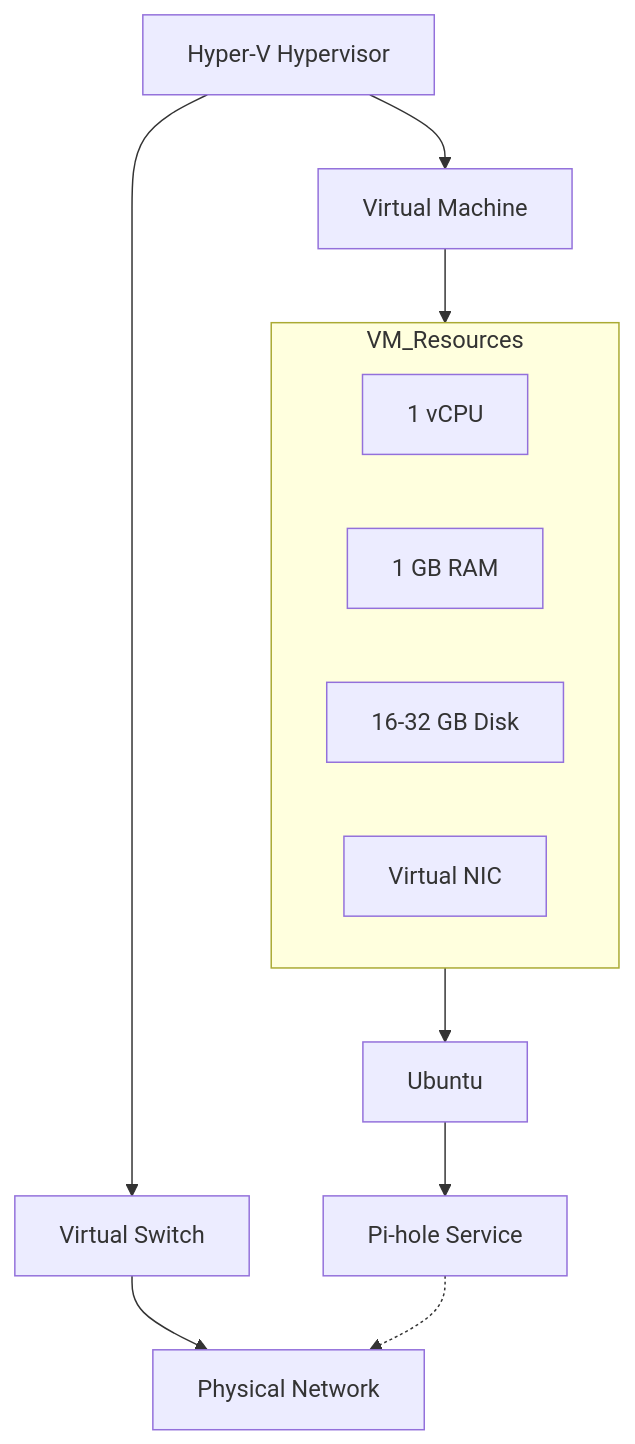
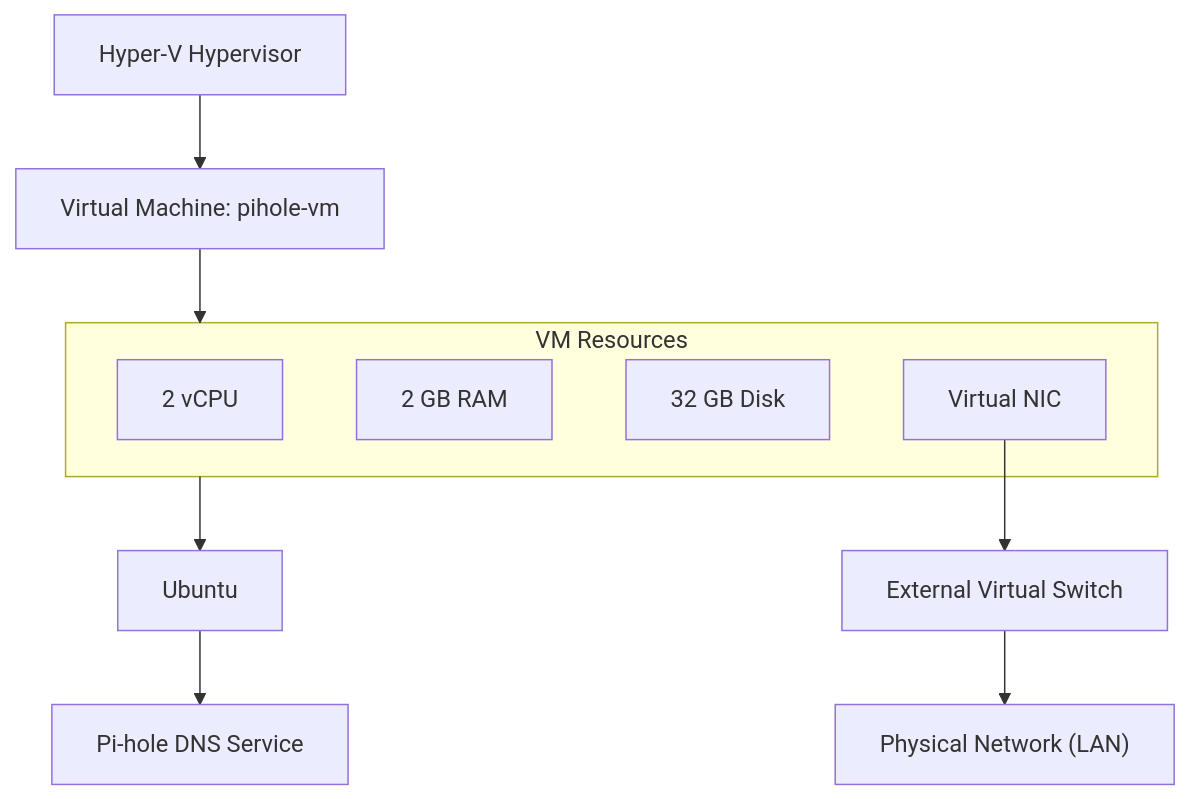
Before and after one commit to Dovidoff/Home-labs: the diagram in Pi-hole/docs/virtualization.md, drawn with Mermaid. The commit also changed other lines of this file, not shown here.

````diff
--- a/Pi-hole/docs/virtualization.md
+++ b/Pi-hole/docs/virtualization.md
@@ -6,29 +6,27 @@
 ```mermaid
 graph TB
     HyperV[Hyper-V Hypervisor]
-    
-    VSwitch[Virtual Switch]
-    
-    VM[Virtual Machine]
-    
-    subgraph VM_Resources
-        vCPU[1 vCPU]
-        RAM[1 GB RAM]
-        Disk[16-32 GB Disk]
+
+    VSwitch[External Virtual Switch]
+
+    VM[Virtual Machine: pihole-vm]
+
+    subgraph VM_Resources["VM Resources"]
+        vCPU[2 vCPU]
+        RAM[2 GB RAM]
+        Disk["32 GB Disk"]
         vNIC[Virtual NIC]
     end
-    
+
     GuestOS[Ubuntu]
-    
-    PiHole[Pi-hole Service]
-    
-    Network[Physical Network]
-    
-    HyperV --> VSwitch
+    PiHole[Pi-hole DNS Service]
+    Network["Physical Network (LAN)"]
+
     HyperV --> VM
-    VSwitch --> Network
     VM --> VM_Resources
     VM_Resources --> GuestOS
     GuestOS --> PiHole
-    PiHole -.-> Network
+
+    vNIC --> VSwitch
+    VSwitch --> Network
 ```
````
